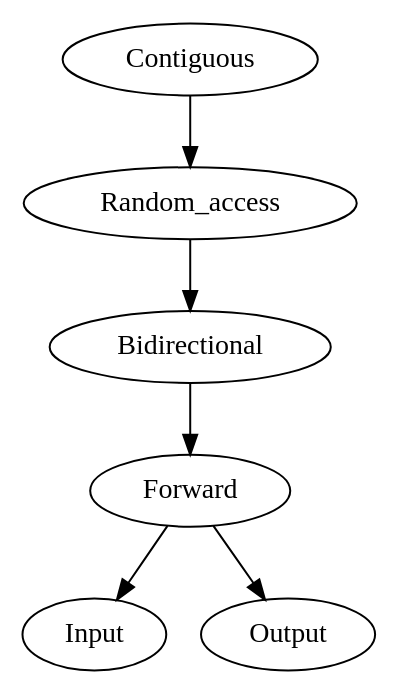
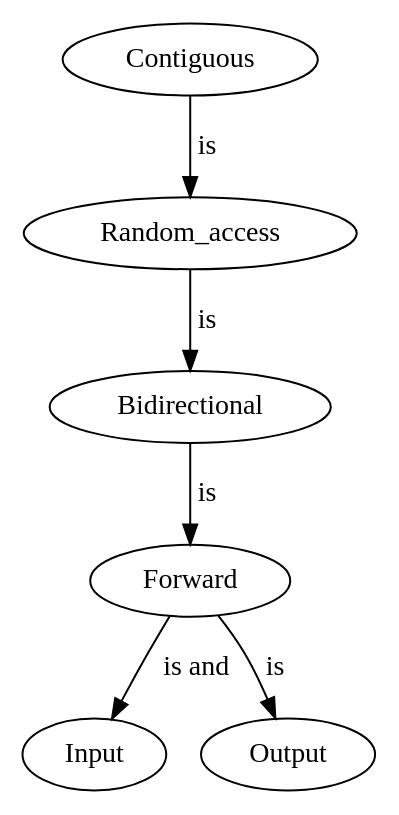
The second of 2 diagrams in README.md (phiwen96/ph), drawn with Graphviz before and after one commit. The commit also changed other lines of this file, not shown here.

````diff
--- a/README.md
+++ b/README.md
@@ -78,13 +78,13 @@
 ```graphviz
 digraph finite_state_machine {
     
 
-    Contiguous  -> Random_access [ label = "" ];
-	Random_access -> Bidirectional [ label = ""];
-	Bidirectional -> Forward [ label = ""];
-    Forward  -> Input  [ label = "" ];
-	Forward  -> Output  [ label = "" ];
+    Contiguous  -> Random_access [ label = " is" ];
+	Random_access -> Bidirectional [ label = " is"];
+	Bidirectional -> Forward [ label = " is"];
+    Forward  -> Input  [ label = " is and" ];
+	Forward  -> Output  [ label = " is" ];
 
    
 }
 ```
````
